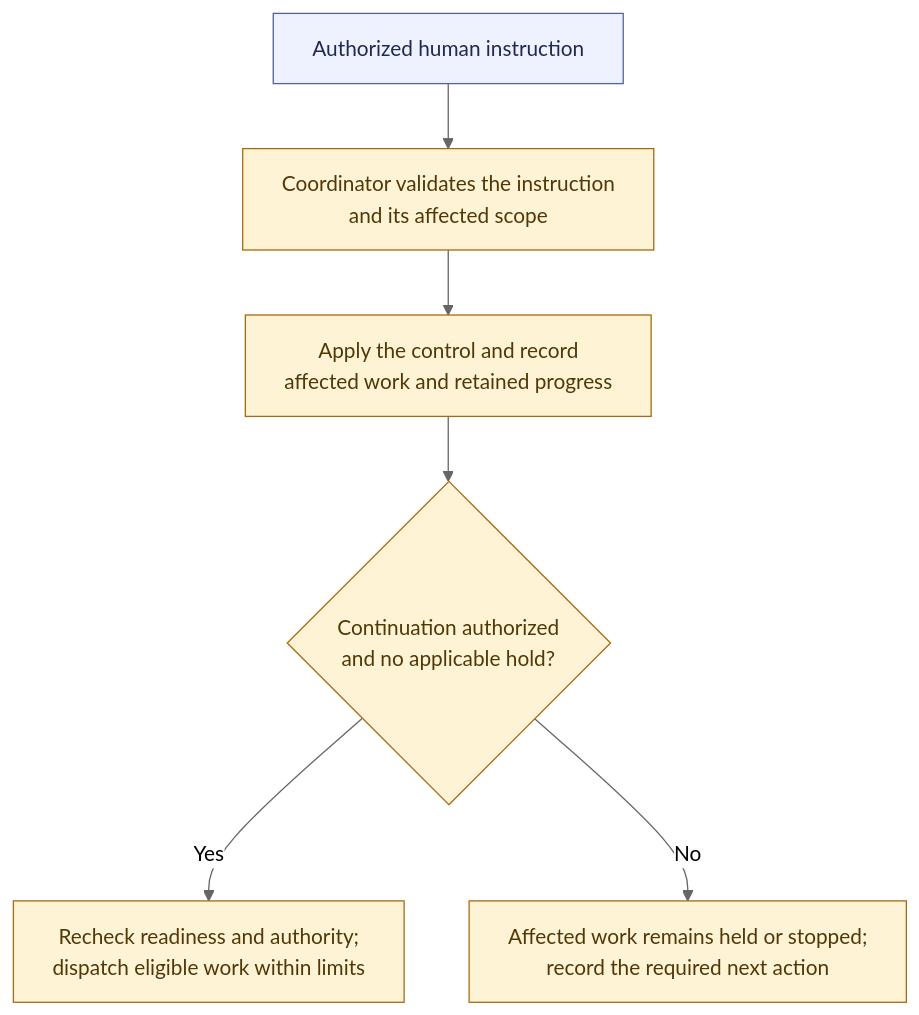
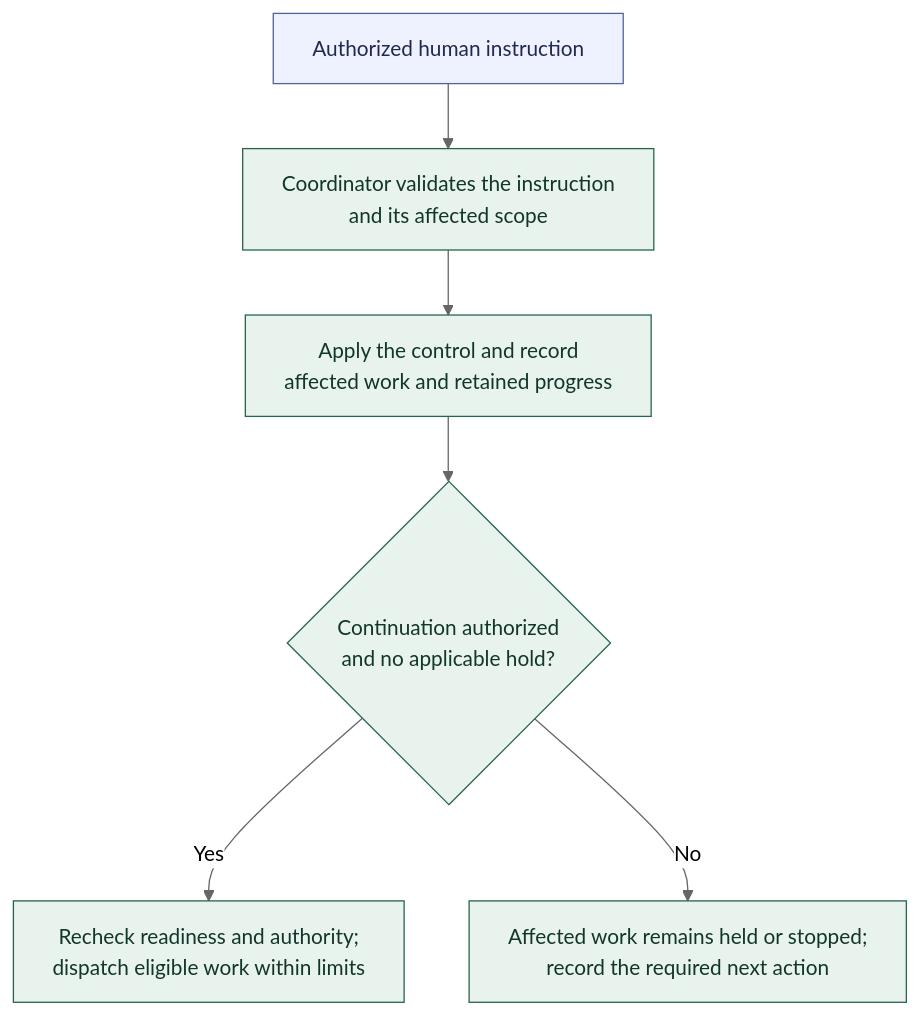
Before and after one commit to andrii2g/mobiraeon: the diagram in docs/diagrams/human-controls.md, drawn with Mermaid (neutral theme). The commit also changed other lines of this file and 8 other files, not shown here.

Commit message:
added context continuity and shared work added diagram

````diff
--- a/docs/diagrams/human-controls.md
+++ b/docs/diagrams/human-controls.md
@@ -5,18 +5,18 @@
 ```mermaid
 ---
 config:
   flowchart:
     wrappingWidth: 280
 ---
 flowchart TB
     HUMAN["Authorized human instruction"] --> COORD["Coordinator validates the instruction<br/>and its affected scope"]
     COORD --> APPLY["Apply the control and record<br/>affected work and retained progress"]
     APPLY --> CONTINUE{"Continuation authorized<br/>and no applicable hold?"}
     CONTINUE -->|Yes| CHECK["Recheck readiness and authority;<br/>dispatch eligible work within limits"]
     CONTINUE -->|No| HOLD["Affected work remains held or stopped;<br/>record the required next action"]
 
-    classDef proposed fill:#fff3d6,stroke:#a66b12,color:#513807;
+    classDef agreed fill:#e8f3ee,stroke:#28644d,color:#12372a;
     classDef boundary fill:#eef2ff,stroke:#5261a3,color:#20294f;
-    class COORD,APPLY,CONTINUE,CHECK,HOLD proposed;
+    class COORD,APPLY,CONTINUE,CHECK,HOLD agreed;
     class HUMAN boundary;
 ```
````
